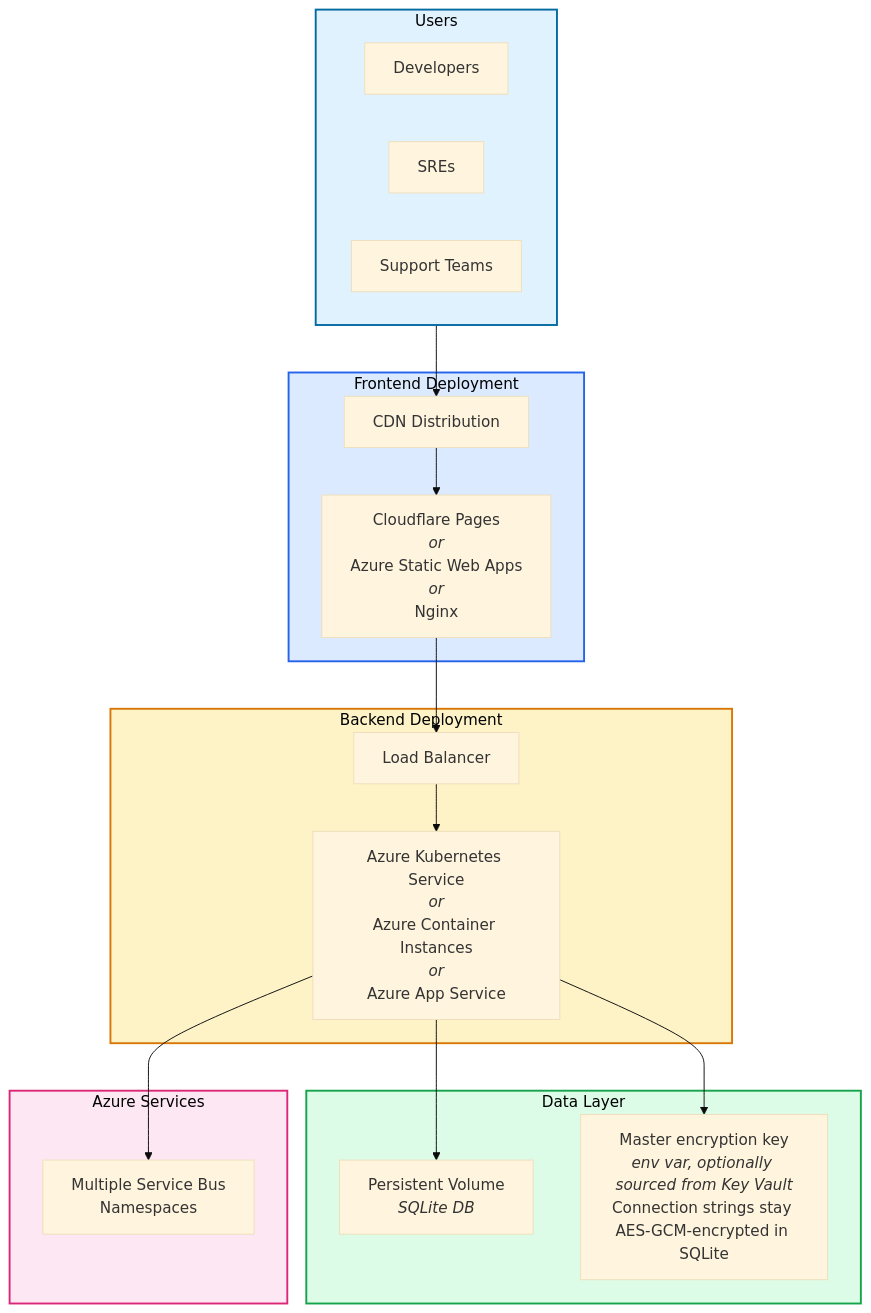
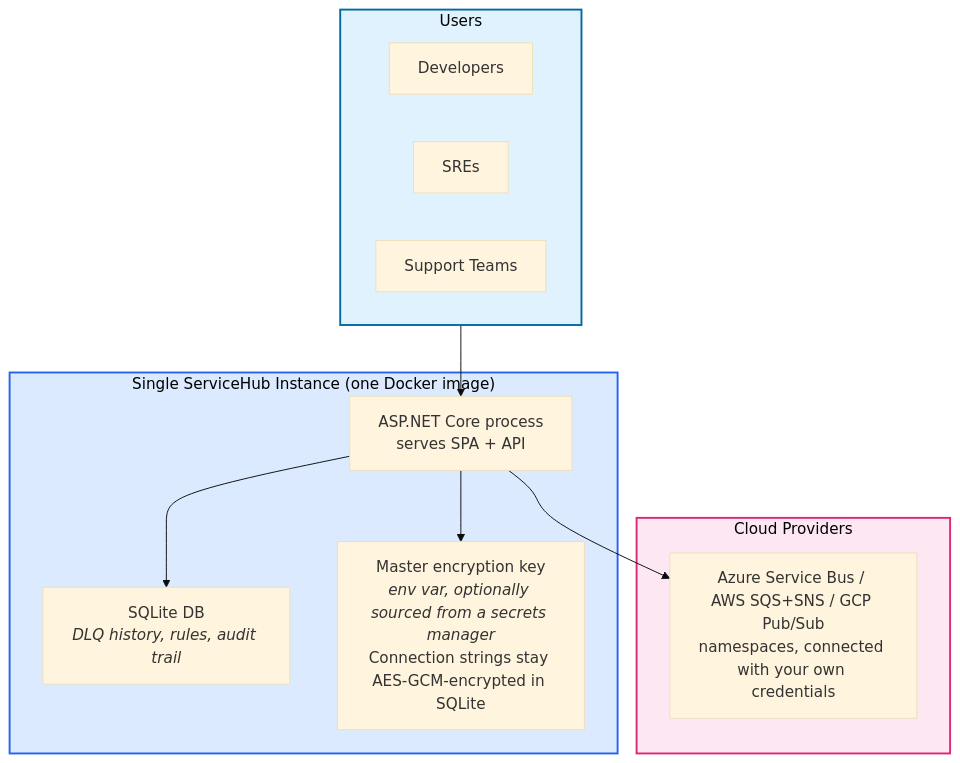
Diagram 12 of 13 in docs/COMPREHENSIVE-GUIDE.md (debdevops/servicehub), drawn with Mermaid before and after one commit. The commit also changed other lines of this file and 6 other files, not shown here.

````diff
--- a/docs/COMPREHENSIVE-GUIDE.md
+++ b/docs/COMPREHENSIVE-GUIDE.md
@@ -997,42 +1007,28 @@
 ```mermaid
 %%{init: {'theme':'base', 'themeVariables': { 'fontSize':'16px'}}}%%
 graph TB
     subgraph Users["Users"]
         DEV["Developers"]
         SRE["SREs"]
         SUPPORT["Support Teams"]
     end
-    
-    subgraph Frontend["Frontend Deployment"]
-        CF["Cloudflare Pages<br/><i>or</i><br/>Azure Static Web Apps<br/><i>or</i><br/>Nginx"]
-        CDN["CDN Distribution"]
+
+    subgraph Instance["Single ServiceHub Instance (one Docker image)"]
+        API["ASP.NET Core process<br/>serves SPA + API"]
+        DB["SQLite DB<br/><i>DLQ history, rules, audit trail</i>"]
+        SECRETS["Master encryption key<br/><i>env var, optionally sourced from a secrets manager</i><br/>Connection strings stay AES-GCM-encrypted in SQLite"]
     end
-    
-    subgraph Backend["Backend Deployment"]
-        AKS["Azure Kubernetes Service<br/><i>or</i><br/>Azure Container Instances<br/><i>or</i><br/>Azure App Service"]
-        LB["Load Balancer"]
+
+    subgraph Providers["Cloud Providers"]
+        ASB["Azure Service Bus / AWS SQS+SNS / GCP Pub/Sub<br/>namespaces, connected with your own credentials"]
     end
-    
-    subgraph Data["Data Layer"]
-        PV["Persistent Volume<br/><i>SQLite DB</i>"]
-        SECRETS["Master encryption key<br/><i>env var, optionally sourced from Key Vault</i><br/>Connection strings stay AES-GCM-encrypted in SQLite"]
-    end
-    
-    subgraph Azure["Azure Services"]
-        ASB["Multiple Service Bus<br/>Namespaces"]
-    end
-    
-    Users --> CDN
-    CDN --> CF
-    CF --> LB
-    LB --> AKS
-    AKS --> PV
-    AKS --> SECRETS
-    AKS --> ASB
-    
+
+    Users --> API
+    API --> DB
+    API --> SECRETS
+    API --> ASB
+
     style Users fill:#e0f2fe,stroke:#0369a1,stroke-width:2px,color:#000
-    style Frontend fill:#dbeafe,stroke:#2563eb,stroke-width:2px,color:#000
-    style Backend fill:#fef3c7,stroke:#d97706,stroke-width:2px,color:#000
-    style Data fill:#dcfce7,stroke:#16a34a,stroke-width:2px,color:#000
-    style Azure fill:#fce7f3,stroke:#db2777,stroke-width:2px,color:#000
+    style Instance fill:#dbeafe,stroke:#2563eb,stroke-width:2px,color:#000
+    style Providers fill:#fce7f3,stroke:#db2777,stroke-width:2px,color:#000
 ```
````
